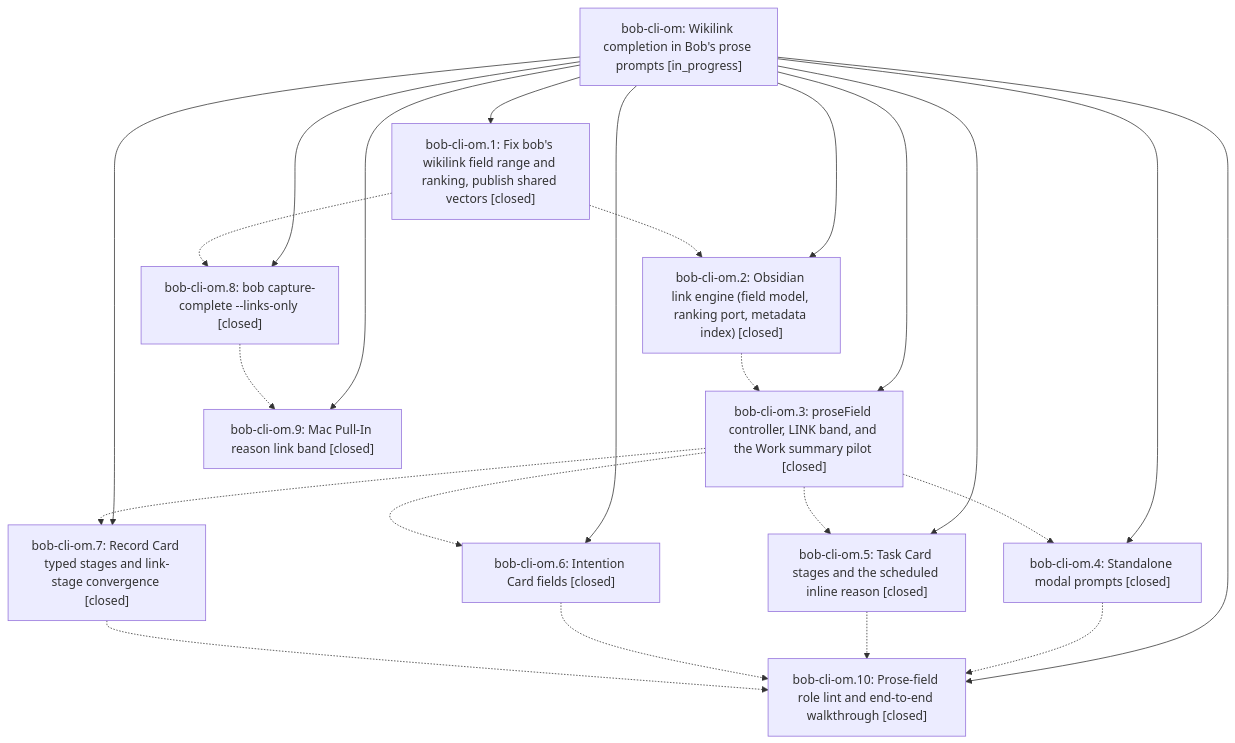
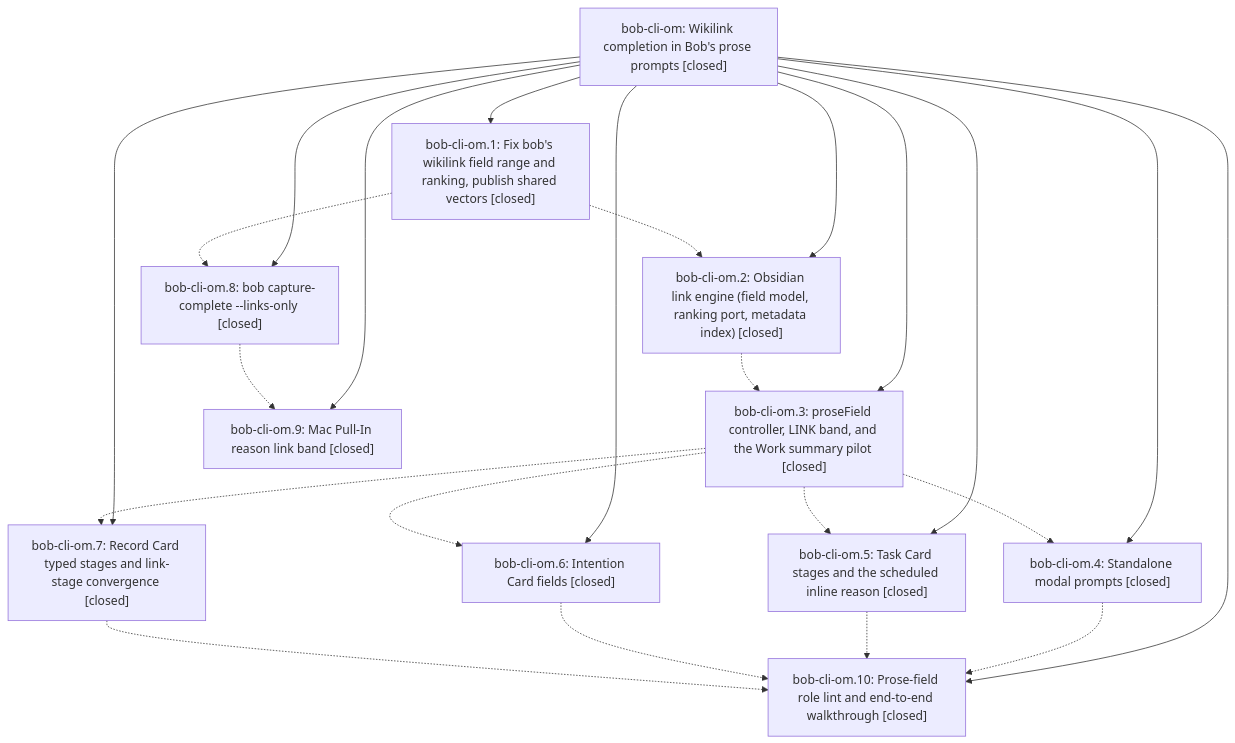
One commit to bobs-org/bob-cli--beads changed the diagram in pages/bob-cli-om/README.md. Above: the diagram before and after it, drawn with Mermaid. The commit also changed other lines of this file and 3 other files, not shown here.

First line of the commit message:
chore(beads): sync bead state and pages for bob-cli-om

````diff
--- a/pages/bob-cli-om/README.md
+++ b/pages/bob-cli-om/README.md
@@ -49,36 +103,36 @@
 ```mermaid
 flowchart TD
-    n0["bob-cli-om: Wikilink completion in Bob's prose prompts [in_progress]"]
+    n0["bob-cli-om: Wikilink completion in Bob's prose prompts [closed]"]
     n1["bob-cli-om.1: Fix bob's wikilink field range and ranking, publish shared vectors [closed]"]
     n2["bob-cli-om.10: Prose-field role lint and end-to-end walkthrough [closed]"]
     n3["bob-cli-om.2: Obsidian link engine (field model, ranking port, metadata index) [closed]"]
     n4["bob-cli-om.3: proseField controller, LINK band, and the Work summary pilot [closed]"]
     n5["bob-cli-om.4: Standalone modal prompts [closed]"]
     n6["bob-cli-om.5: Task Card stages and the scheduled inline reason [closed]"]
     n7["bob-cli-om.6: Intention Card fields [closed]"]
     n8["bob-cli-om.7: Record Card typed stages and link-stage convergence [closed]"]
     n9["bob-cli-om.8: bob capture-complete --links-only [closed]"]
     n10["bob-cli-om.9: Mac Pull-In reason link band [closed]"]
     n0 --> n1
     n0 --> n2
     n0 --> n3
     n0 --> n4
     n0 --> n5
     n0 --> n6
     n0 --> n7
     n0 --> n8
     n0 --> n9
     n0 --> n10
     n1 -.-> n3
     n1 -.-> n9
     n3 -.-> n4
     n4 -.-> n5
     n4 -.-> n6
     n4 -.-> n7
     n4 -.-> n8
     n5 -.-> n2
     n6 -.-> n2
     n7 -.-> n2
     n8 -.-> n2
     n9 -.-> n10
 ```
````
